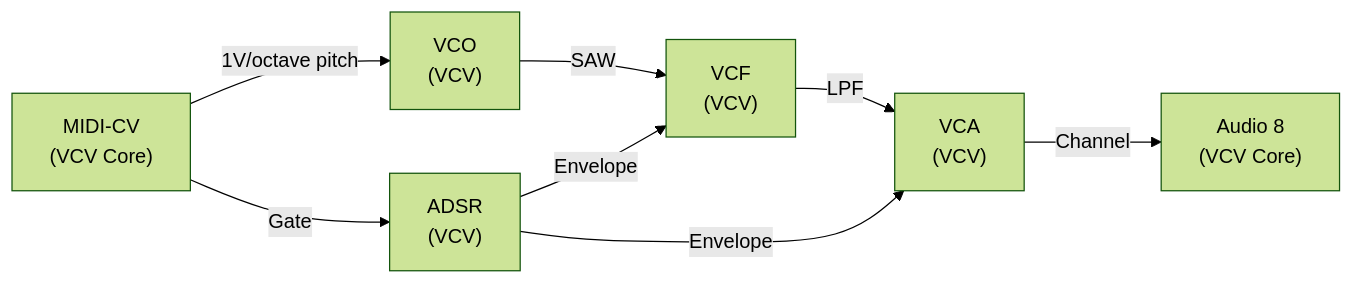
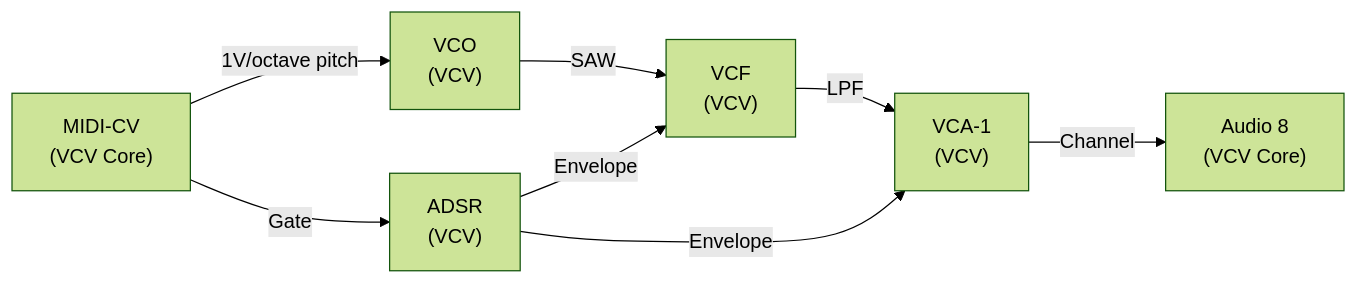
The sixth of 6 diagrams in src/first-patch.md (Witzman/VCVRack-Doku), drawn with Mermaid (forest theme) before and after one commit. The commit also changed other lines of this file and 75 other files, not shown here.

````diff
--- a/src/first-patch.md
+++ b/src/first-patch.md
@@ -128,10 +128,10 @@
 ```mermaid
 flowchart LR
     MIDI["MIDI-CV\n(VCV Core)"] -->|"1V/octave pitch"| VCO["VCO\n(VCV)"]
     MIDI -->|"Gate"| ADSR["ADSR\n(VCV)"]
     VCO -->|"SAW"| VCF["VCF\n(VCV)"]
-    VCF -->|"LPF"| VCA["VCA\n(VCV)"]
+    VCF -->|"LPF"| VCA["VCA-1\n(VCV)"]
     ADSR -->|"Envelope"| VCA
     ADSR -->|"Envelope"| VCF
     VCA -->|"Channel"| AUDIO["Audio 8\n(VCV Core)"]
 ```
````
